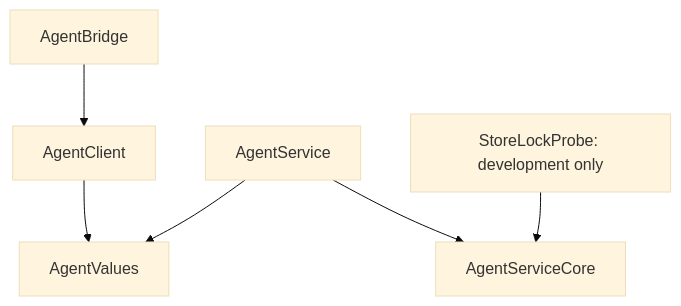
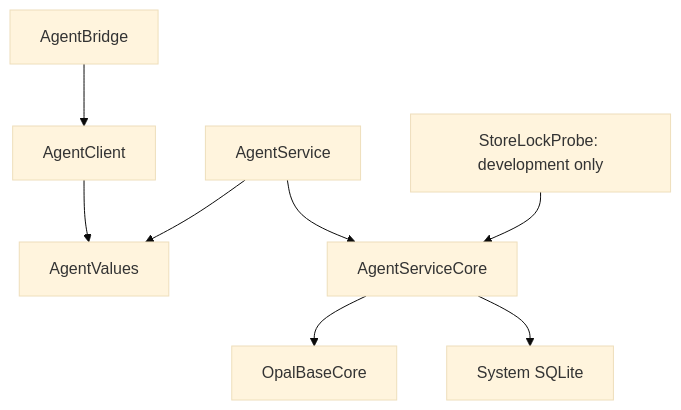
The first of 3 diagrams in Documentation/Architecture.md (58opals/OpalAgent), drawn with Mermaid (base theme) before and after one commit. The commit also changed other lines of this file and 24 other files, not shown here.

````diff
--- a/Documentation/Architecture.md
+++ b/Documentation/Architecture.md
@@ -7,8 +7,10 @@
 ```mermaid
 flowchart TD
     Bridge[AgentBridge] --> Client[AgentClient]
     Client --> Values[AgentValues]
     Service[AgentService] --> Values
     Service --> Core[AgentServiceCore]
+    Core --> BCH[OpalBaseCore]
+    Core --> SQL[System SQLite]
     Probe[StoreLockProbe: development only] --> Core
 ```
````
